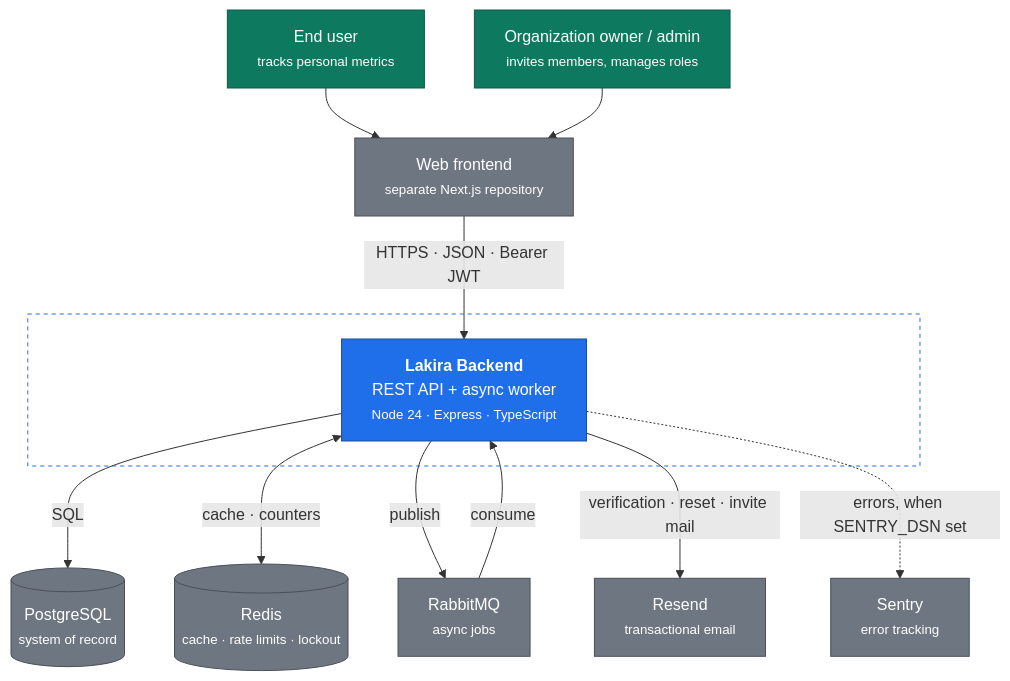
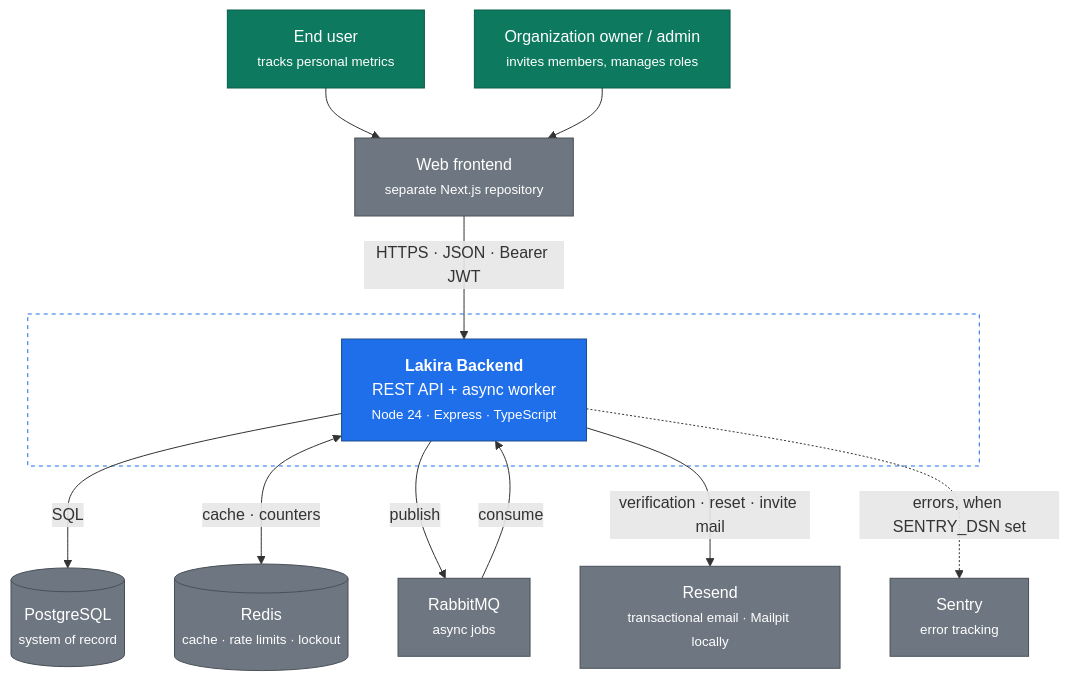
Before and after one commit to dimaszisby/lakira-backend: the diagram in docs/explanation/architecture/c4-context.md, drawn with Mermaid. The commit also changed other lines of this file and 26 other files, not shown here.

First line of the commit message:
feat(email): catch outbound mail locally with Mailpit

````diff
--- a/docs/explanation/architecture/c4-context.md
+++ b/docs/explanation/architecture/c4-context.md
@@ -5,35 +5,35 @@
 ```mermaid
 graph TB
     user["End user<br/><small>tracks personal metrics</small>"]
     admin["Organization owner / admin<br/><small>invites members, manages roles</small>"]
 
     subgraph boundary [" "]
         api["<b>Lakira Backend</b><br/>REST API + async worker<br/><small>Node 24 · Express · TypeScript</small>"]
     end
 
     web["Web frontend<br/><small>separate Next.js repository</small>"]
     pg[("PostgreSQL<br/><small>system of record</small>")]
     redis[("Redis<br/><small>cache · rate limits · lockout</small>")]
     mq["RabbitMQ<br/><small>async jobs</small>"]
-    mail["Resend<br/><small>transactional email</small>"]
+    mail["Resend<br/><small>transactional email · Mailpit locally</small>"]
     sentry["Sentry<br/><small>error tracking</small>"]
 
     user --> web
     admin --> web
     web -->|"HTTPS · JSON · Bearer JWT"| api
 
     api -->|"SQL"| pg
     api <-->|"cache · counters"| redis
     api -->|"publish"| mq
     mq -->|"consume"| api
     api -->|"verification · reset · invite mail"| mail
     api -.->|"errors, when SENTRY_DSN set"| sentry
 
     classDef sys fill:#1f6feb,stroke:#1a4f8a,color:#fff
     classDef ext fill:#6e7781,stroke:#4a5058,color:#fff
     classDef person fill:#0d7a5f,stroke:#0a5d48,color:#fff
     class api sys
     class web,pg,redis,mq,mail,sentry ext
     class user,admin person
     style boundary fill:none,stroke:#1f6feb,stroke-dasharray:4 4
 ```
````
